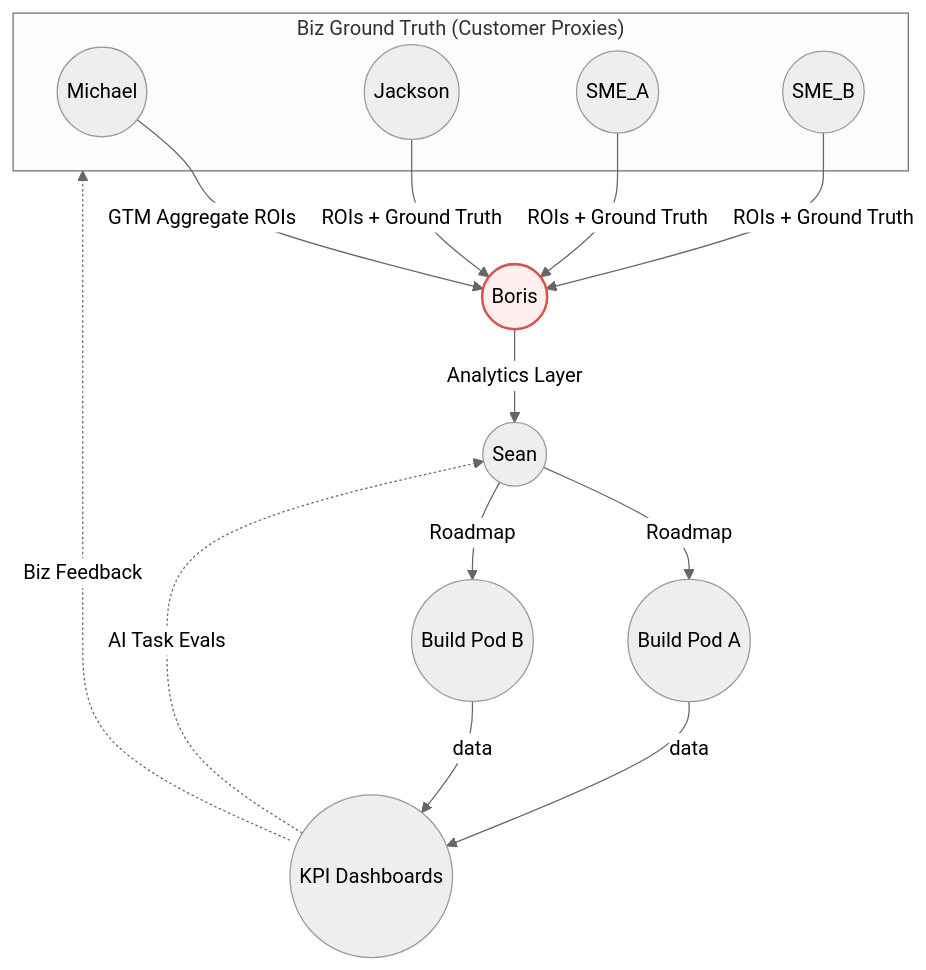
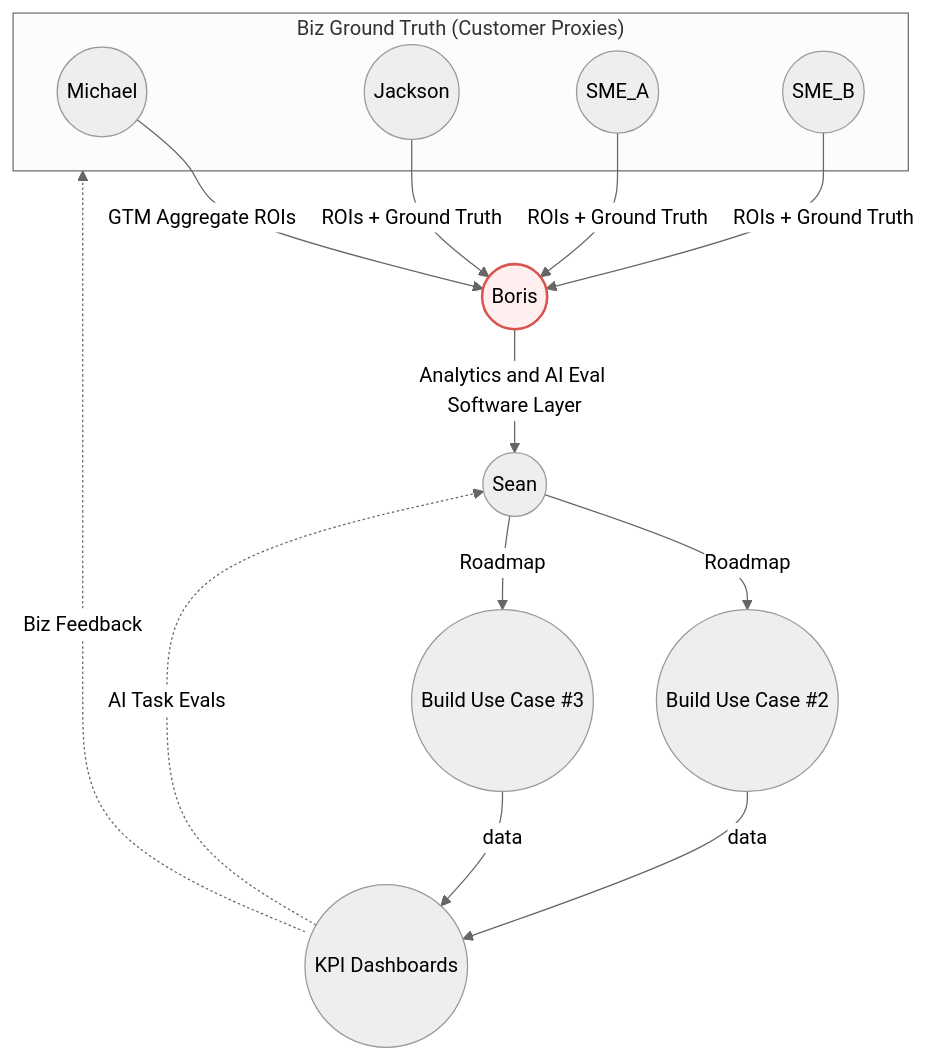
One commit to borisdev/resume changed the diagram in MICHAEL.md. Above: the diagram before and after it, drawn with Mermaid (neutral theme). The commit also changed other lines of this file, not shown here.

Commit message:
pre-remove pods

````diff
--- a/MICHAEL.md
+++ b/MICHAEL.md
@@ -16,32 +16,32 @@
 ```mermaid
 flowchart TD
     subgraph DecisionMakers["Biz Ground Truth (Customer Proxies)"]
         M((Michael))
         J((Jackson))
         SME_A((SME_A))
         SME_B((SME_B))
     end
-    B((Boris))
+    B(("Boris"))
     S((Sean))
-    TeamA(("Build Pod A"))
-    TeamB(("Build Pod B"))
+    TeamA(("Build Use Case #2"))
+    TeamB(("Build Use Case #3"))
     Dashboards(("KPI Dashboards"))
 
     %% Flows
     M -->|"GTM Aggregate ROIs"| B
     J -->|"ROIs + Ground Truth"| B
     SME_A -->|"ROIs + Ground Truth"| B
     SME_B -->|"ROIs + Ground Truth"| B
-    B -->|"Analytics Layer"| S
+    B -->|"Analytics and AI Eval Software Layer"| S
     S -->|"Roadmap"| TeamA
     S -->|"Roadmap"| TeamB
     TeamA -->|"data"| Dashboards
     TeamB -->|"data"| Dashboards
     Dashboards -.->|"Biz Feedback"| DecisionMakers
     Dashboards -.->|"AI Task Evals"| S
 
     %% Styling
     classDef highlight fill:#ffefef,stroke:#d9534f,stroke-width:2px;
     class B highlight;
 
 ```
````
